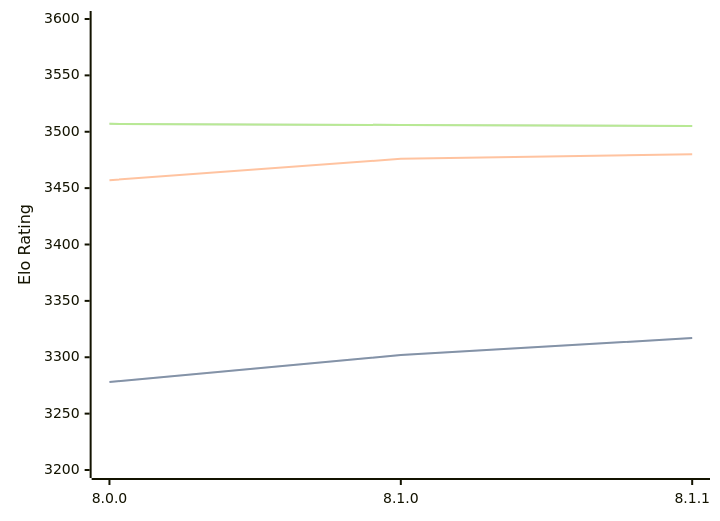
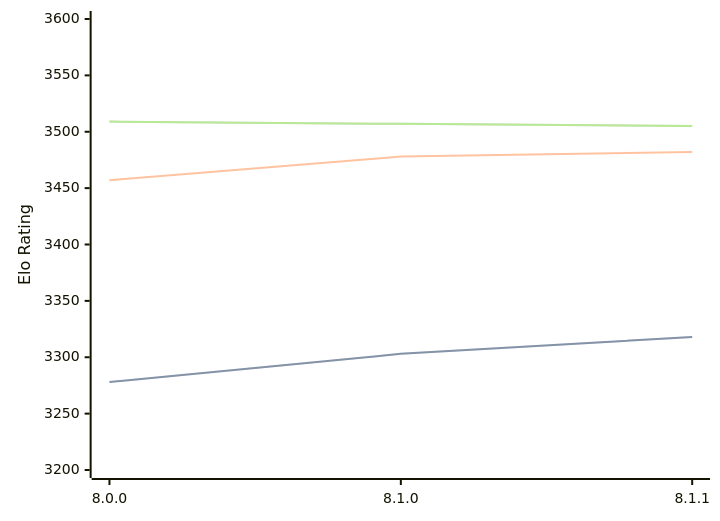
The diagram in engines/Velvet.md (computer-chess-index/cci), drawn with Mermaid before and after one commit. The commit also changed other lines of this file, not shown here.

Commit message:
Update CCI Ratings (ELO VLTC) - 2026-04-25

````diff
--- a/engines/Velvet.md
+++ b/engines/Velvet.md
@@ -57,11 +57,11 @@
 ```mermaid
 %%{init: {"theme":"base","themeVariables":{"seriesColors:['#a3a3a3','#222221','#faa371']}}}%%
 xychart-beta
   x-axis ["8.0.0", "8.1.0", "8.1.1"]
   y-axis "Elo Rating" 3200 --> 3600
-  line "STC (8.0+0.08s)" [3278, 3302, 3317]
-  line "STC (8.0+0.08s)" [3278, 3302, 3317]
-  line "LTC (60.0+0.60s)" [3457, 3476, 3480]
-  line "VLTC (2m24s+1.12s)" [3507, 3506, 3505]
-  line "VLTC (2m24s+1.12s)" [3507, 3506, 3505]
+  line "STC (8.0+0.08s)" [3278, 3303, 3318]
+  line "STC (8.0+0.08s)" [3278, 3303, 3318]
+  line "LTC (60.0+0.60s)" [3457, 3478, 3482]
+  line "VLTC (2m24s+1.12s)" [3509, 3507, 3505]
+  line "VLTC (2m24s+1.12s)" [3509, 3507, 3505]
 ```
````
